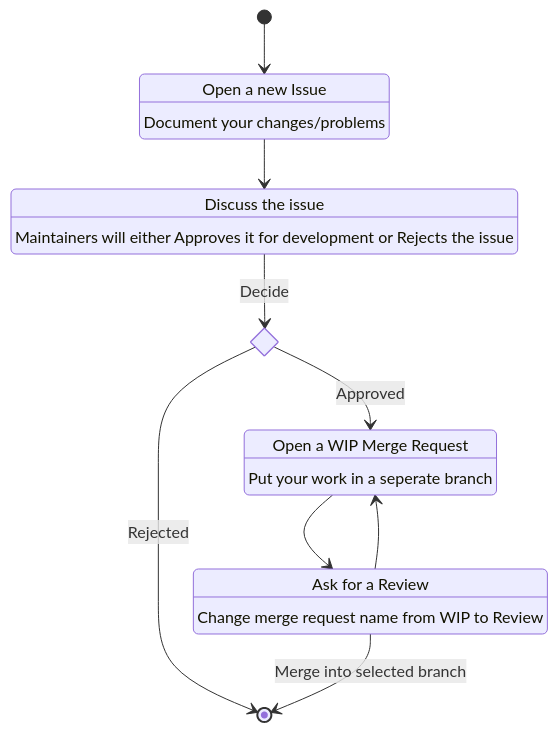
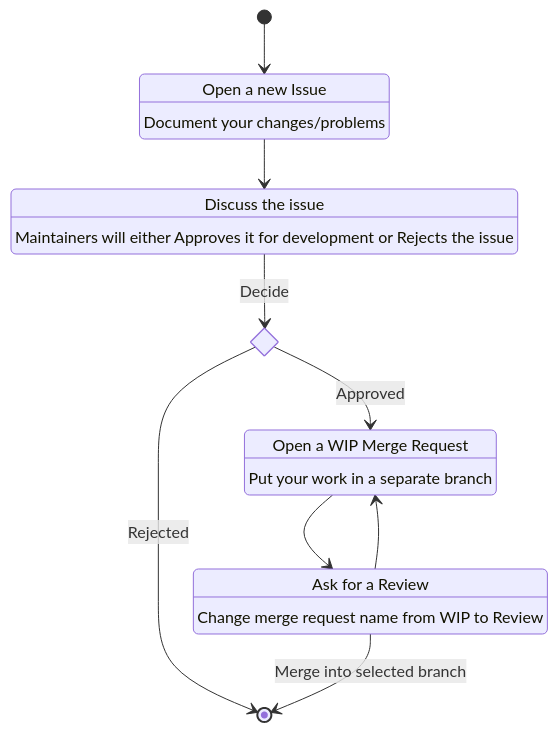
The diagram in CONTRIBUTING.md (Hahn-Schickard/STAG-Modbus-Technology-Adapter), drawn with Mermaid before and after one commit. The commit also changed other lines of this file, not shown here.

````diff
--- a/CONTRIBUTING.md
+++ b/CONTRIBUTING.md
@@ -22,25 +22,25 @@
 ```mermaid
 stateDiagram
 state "Open a new Issue" as OpenIssue
 OpenIssue: Document your changes/problems
 
 state "Discuss the issue" as DiscussIssue
 DiscussIssue: Maintainers will either Approves it for development or Rejects the issue
 
 state Approve <<choice>>
 
 state "Open a WIP Merge Request" as CreateMergeRequest
-CreateMergeRequest: Put your work in a seperate branch
+CreateMergeRequest: Put your work in a separate branch
 
 state "Ask for a Review" as ReviewMergeRequest
 ReviewMergeRequest: Change merge request name from WIP to Review
 
 [*] --> OpenIssue
 OpenIssue --> DiscussIssue
 DiscussIssue --> Approve: Decide
 Approve --> CreateMergeRequest: Approved
 CreateMergeRequest --> ReviewMergeRequest
 ReviewMergeRequest --> CreateMergeRequest
 Approve --> [*]: Rejected
 ReviewMergeRequest --> [*]: Merge into selected branch
 ```
````
